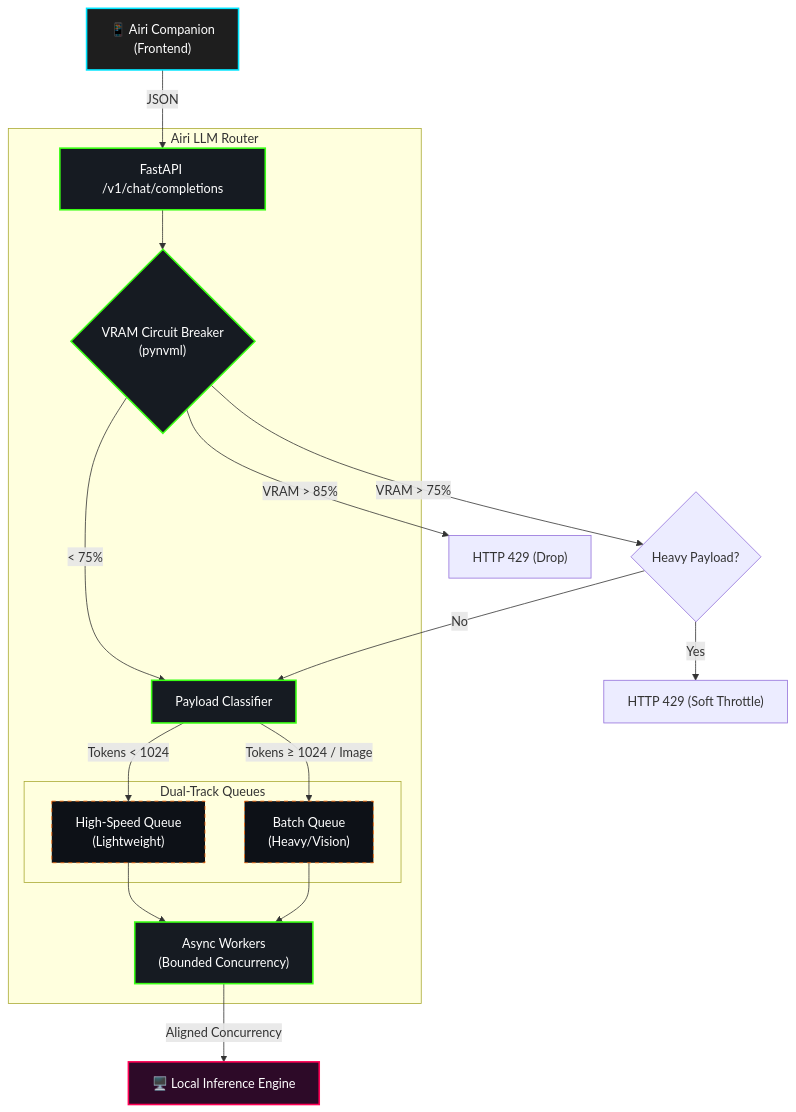
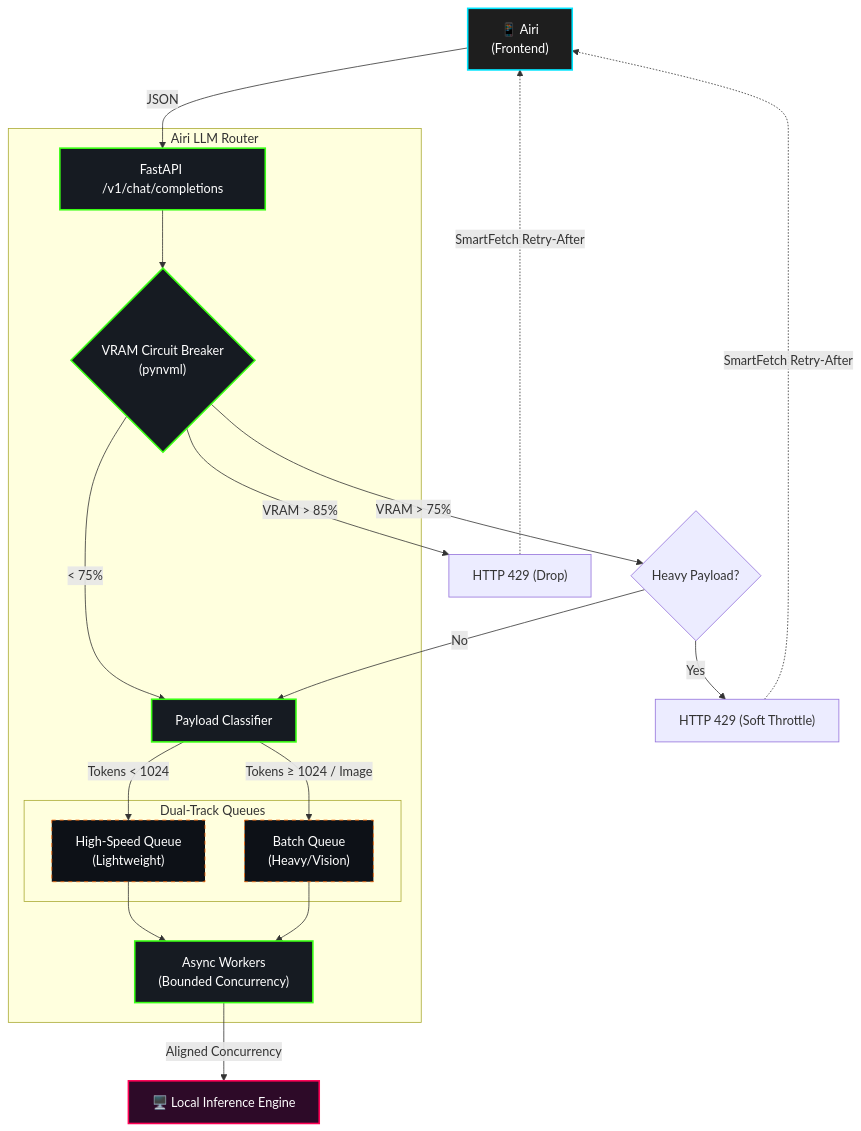
Before and after one commit to esonhjz/airi-llm-router: the diagram in README.md, drawn with Mermaid. The commit also changed other lines of this file and 6 other files, not shown here.

````diff
--- a/README.md
+++ b/README.md
@@ -13,40 +13,43 @@
 ```mermaid
 graph TD
     classDef client fill:#1e1e1e,stroke:#00e5ff,stroke-width:2px,color:#fff;
     classDef gateway fill:#161b22,stroke:#39ff14,stroke-width:2px,color:#fff;
     classDef engine fill:#2d0a28,stroke:#ff0055,stroke-width:2px,color:#fff;
     classDef queue fill:#0d1117,stroke:#ff6600,stroke-width:1px,stroke-dasharray: 5 5,color:#fff;
 
-    Client["📱 Airi Companion<br>(Frontend)"]:::client
+    Client["📱 Airi<br>(Frontend)"]:::client
     
     subgraph "Airi LLM Router"
         API["FastAPI /v1/chat/completions"]:::gateway
         Monitor{"VRAM Circuit Breaker<br>(pynvml)"}:::gateway
         Classifier["Payload Classifier"]:::gateway
         
         subgraph "Dual-Track Queues"
             Q_Fast["High-Speed Queue<br>(Lightweight)"]:::queue
             Q_Batch["Batch Queue<br>(Heavy/Vision)"]:::queue
         end
         
         Workers["Async Workers<br>(Bounded Concurrency)"]:::gateway
     end
 
     GPU["🖥️ Local Inference Engine"]:::engine
 
     Client -->|JSON| API
     API --> Monitor
     Monitor -- "VRAM > 85%" --> Drop["HTTP 429 (Drop)"]
     Monitor -- "VRAM > 75%" --> Throttle{"Heavy Payload?"}
     Throttle -- "Yes" --> Drop2["HTTP 429 (Soft Throttle)"]
     
+    Drop -. "SmartFetch Retry-After" .-> Client
+    Drop2 -. "SmartFetch Retry-After" .-> Client
+    
     Monitor -- "< 75%" --> Classifier
     Throttle -- "No" --> Classifier
     
     Classifier -- "Tokens < 1024" --> Q_Fast
     Classifier -- "Tokens ≥ 1024 / Image" --> Q_Batch
     
     Q_Fast --> Workers
     Q_Batch --> Workers
     Workers -->|Aligned Concurrency| GPU
 ```
````
